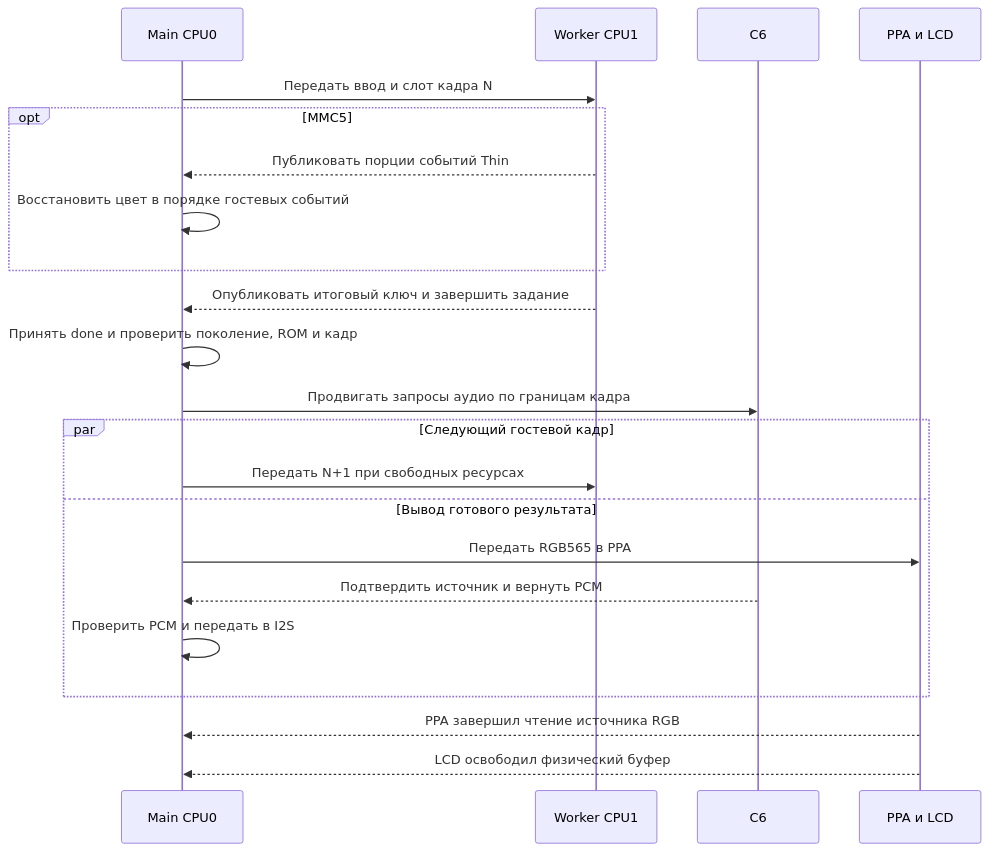
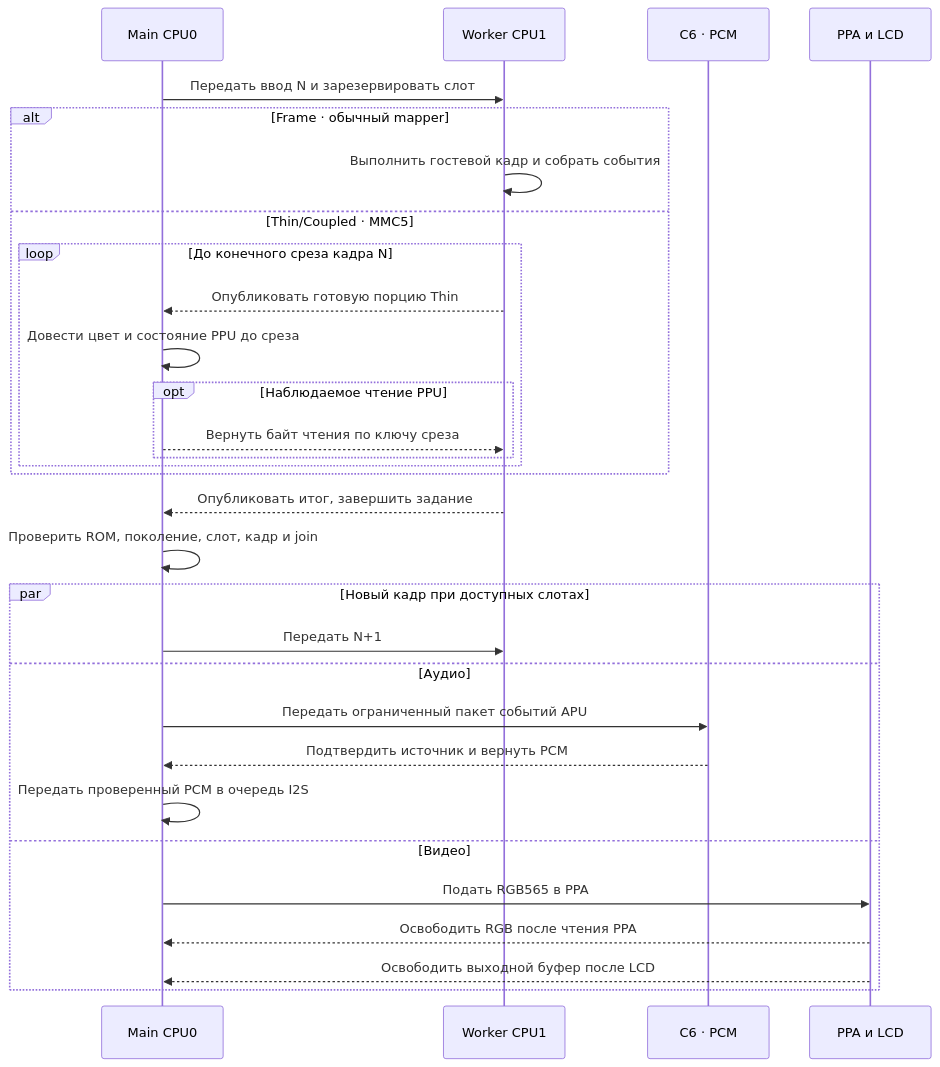
Before and after one commit to KirPoz/bitvyr: the second of 4 diagrams in bitvyr_nes_p4c6/betta/docs/02-architecture.md, drawn with Mermaid. The commit also changed other lines of this file and 37 other files, not shown here.

````diff
--- a/bitvyr_nes_p4c6/betta/docs/02-architecture.md
+++ b/bitvyr_nes_p4c6/betta/docs/02-architecture.md
@@ -50,24 +50,32 @@
 ```mermaid
 sequenceDiagram
     participant M as Main CPU0
     participant W as Worker CPU1
-    participant C as C6
+    participant C as C6 · PCM
     participant D as PPA и LCD
-    M->>W: Передать ввод и слот кадра N
-    opt MMC5
-        W-->>M: Публиковать порции событий Thin
-        M->>M: Восстановить цвет в порядке гостевых событий
+    M->>W: Передать ввод N и зарезервировать слот
+    alt Frame · обычный mapper
+        W->>W: Выполнить гостевой кадр и собрать события
+    else Thin/Coupled · MMC5
+        loop До конечного среза кадра N
+            W-->>M: Опубликовать готовую порцию Thin
+            M->>M: Довести цвет и состояние PPU до среза
+            opt Наблюдаемое чтение PPU
+                M-->>W: Вернуть байт чтения по ключу среза
+            end
+        end
     end
-    W-->>M: Опубликовать итоговый ключ и завершить задание
-    M->>M: Принять done и проверить поколение, ROM и кадр
-    M->>C: Продвигать запросы аудио по границам кадра
-    par Следующий гостевой кадр
-        M->>W: Передать N+1 при свободных ресурсах
-    and Вывод готового результата
-        M->>D: Передать RGB565 в PPA
+    W-->>M: Опубликовать итог, завершить задание
+    M->>M: Проверить ROM, поколение, слот, кадр и join
+    par Новый кадр при доступных слотах
+        M->>W: Передать N+1
+    and Аудио
+        M->>C: Передать ограниченный пакет событий APU
         C-->>M: Подтвердить источник и вернуть PCM
-        M->>M: Проверить PCM и передать в I2S
+        M->>M: Передать проверенный PCM в очередь I2S
+    and Видео
+        M->>D: Подать RGB565 в PPA
+        D-->>M: Освободить RGB после чтения PPA
+        D-->>M: Освободить выходной буфер после LCD
     end
-    D-->>M: PPA завершил чтение источника RGB
-    D-->>M: LCD освободил физический буфер
 ```
````
